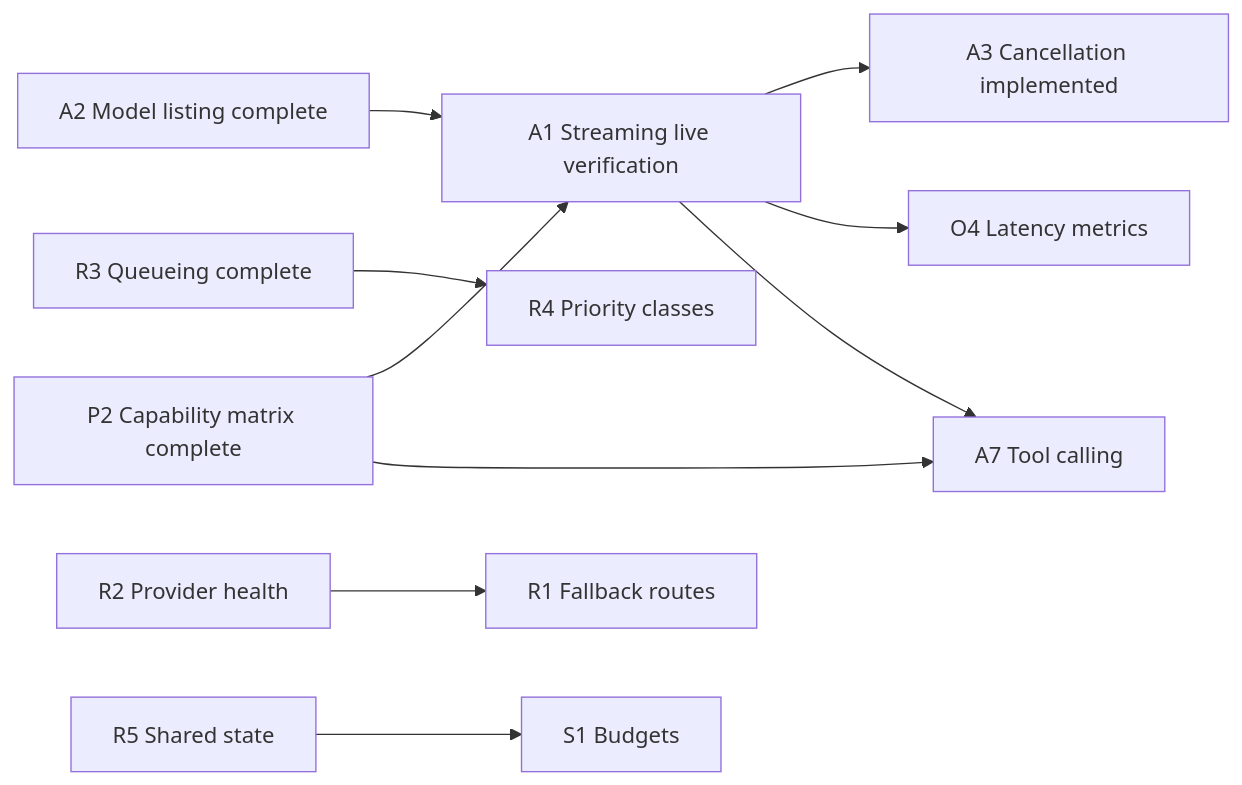
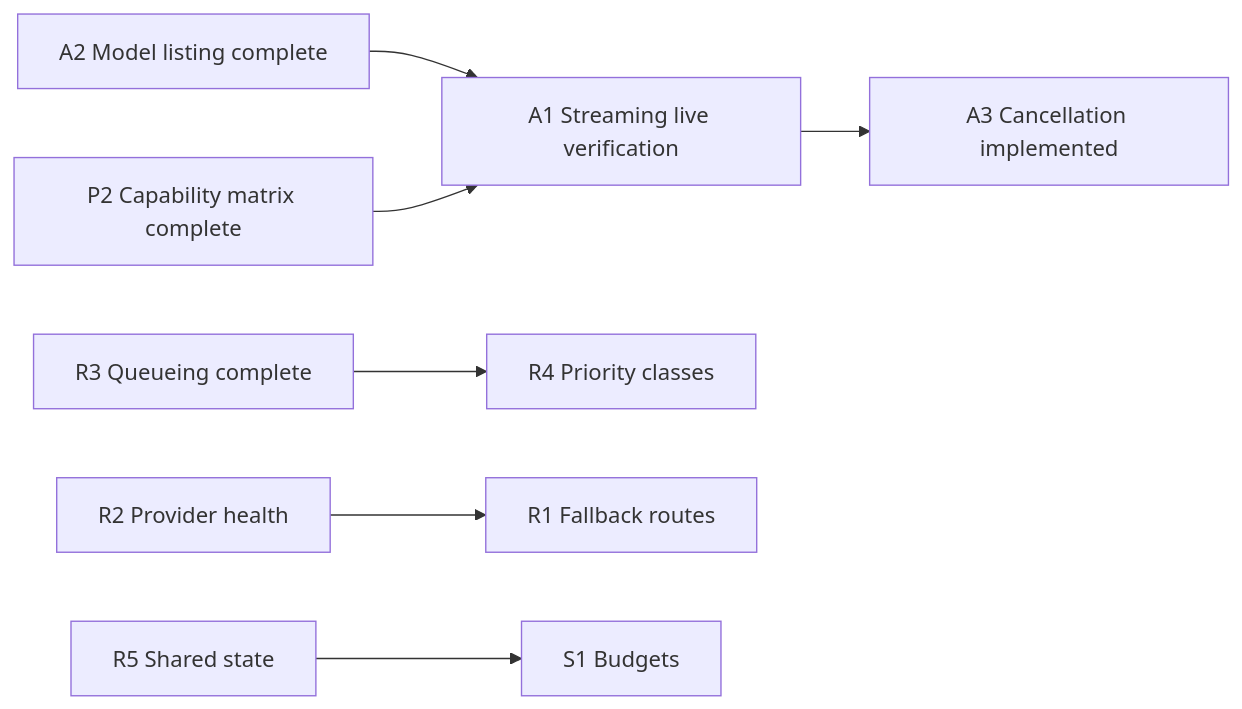
The diagram in docs/backlog.md (m87techlabs/m87-ai-gateway), drawn with Mermaid before and after one commit. The commit also changed other lines of this file and 53 other files, not shown here.

````diff
--- a/docs/backlog.md
+++ b/docs/backlog.md
@@ -47,12 +44,9 @@
 ```mermaid
 flowchart LR
     A2[A2 Model listing complete] --> A1[A1 Streaming live verification]
     A1 --> A3[A3 Cancellation implemented]
-    A1 --> O4[O4 Latency metrics]
-    A1 --> A7[A7 Tool calling]
     P2[P2 Capability matrix complete] --> A1
-    P2 --> A7
     R3[R3 Queueing complete] --> R4[R4 Priority classes]
     R2[R2 Provider health] --> R1[R1 Fallback routes]
     R5[R5 Shared state] --> S1[S1 Budgets]
 ```
````
